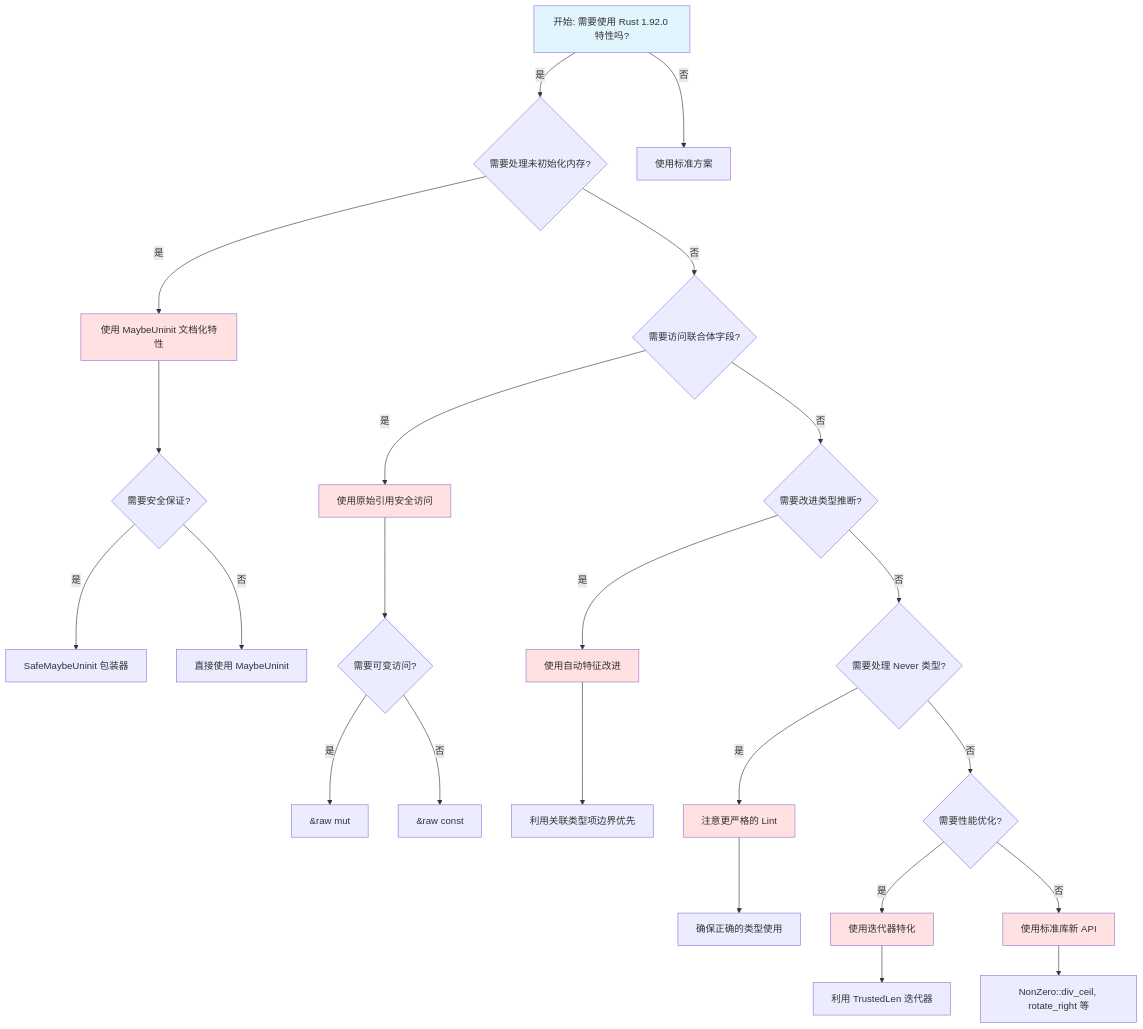
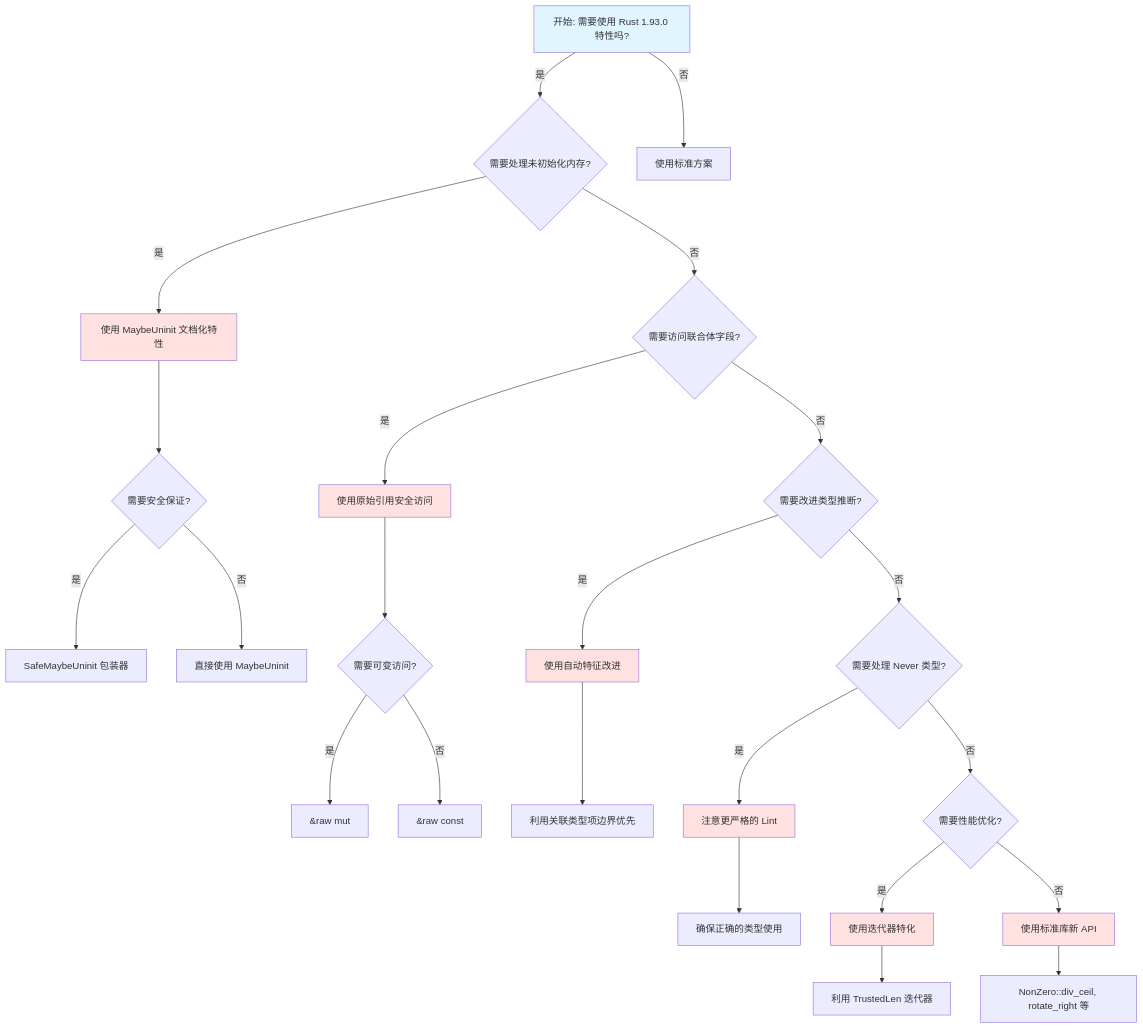
The fourth of 10 diagrams in docs/THINKING_REPRESENTATION_METHODS.md (martin-ly/rust-lang), drawn with Mermaid before and after one commit. The commit also changed other lines of this file and 274 other files, not shown here.

````diff
--- a/docs/THINKING_REPRESENTATION_METHODS.md
+++ b/docs/THINKING_REPRESENTATION_METHODS.md
@@ -289,43 +289,43 @@
 ```mermaid
 graph TD
-    Start[开始: 需要使用 Rust 1.92.0 特性吗?] -->|是| Q1{需要处理未初始化内存?}
+    Start[开始: 需要使用 Rust 1.93.0 特性吗?] -->|是| Q1{需要处理未初始化内存?}
     Start -->|否| End1[使用标准方案]
 
     Q1 -->|是| D1[使用 MaybeUninit 文档化特性]
     Q1 -->|否| Q2{需要访问联合体字段?}
 
     D1 --> Check1{需要安全保证?}
     Check1 -->|是| Safe[SafeMaybeUninit 包装器]
     Check1 -->|否| Direct[直接使用 MaybeUninit]
 
     Q2 -->|是| D2[使用原始引用安全访问]
     Q2 -->|否| Q3{需要改进类型推断?}
 
     D2 --> Check2{需要可变访问?}
     Check2 -->|是| Mut[&raw mut]
     Check2 -->|否| Const[&raw const]
 
     Q3 -->|是| D3[使用自动特征改进]
     Q3 -->|否| Q4{需要处理 Never 类型?}
 
     D3 --> Use1[利用关联类型项边界优先]
 
     Q4 -->|是| D4[注意更严格的 Lint]
     Q4 -->|否| Q5{需要性能优化?}
 
     D4 --> Fix1[确保正确的类型使用]
 
     Q5 -->|是| D5[使用迭代器特化]
     Q5 -->|否| D6[使用标准库新 API]
 
     D5 --> Use2[利用 TrustedLen 迭代器]
     D6 --> Use3[NonZero::div_ceil, rotate_right 等]
 
     style Start fill:#e1f5ff
     style D1 fill:#ffe1e1
     style D2 fill:#ffe1e1
     style D3 fill:#ffe1e1
     style D4 fill:#ffe1e1
     style D5 fill:#ffe1e1
     style D6 fill:#ffe1e1
 ```
````
